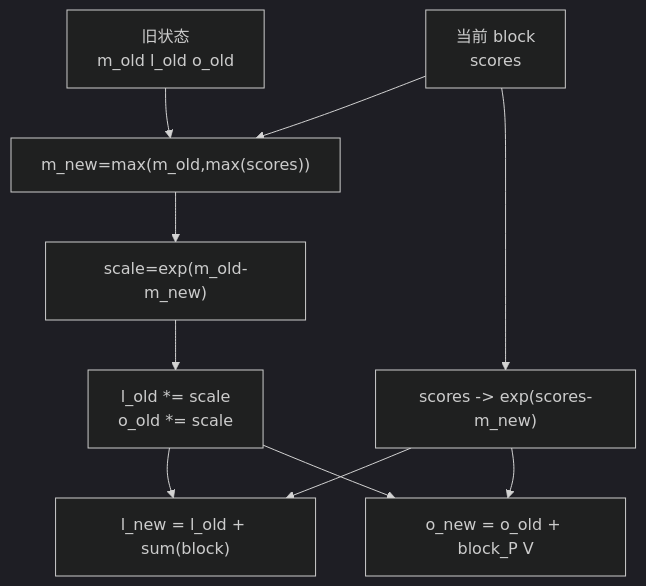
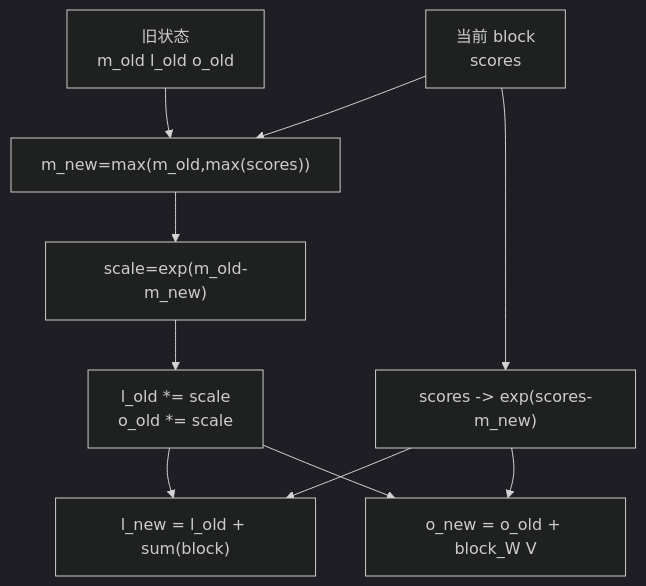
The diagram in flash-attn_reading/原理基础/Online-Softmax/FlashAttention-Online-Softmax-核心概念.md (OnlyHero5/sglang-reading-vault), drawn with Mermaid (dark theme) before and after one commit. The commit also changed other lines of this file and 512 other files, not shown here.

````diff
--- a/flash-attn_reading/原理基础/Online-Softmax/FlashAttention-Online-Softmax-核心概念.md
+++ b/flash-attn_reading/原理基础/Online-Softmax/FlashAttention-Online-Softmax-核心概念.md
@@ -46,16 +46,16 @@
 ```mermaid
 flowchart TB
     A["旧状态<br/>m_old l_old o_old"]
     B["当前 block<br/>scores"]
     C["m_new=max(m_old,max(scores))"]
     D["scale=exp(m_old-m_new)"]
     E["l_old *= scale<br/>o_old *= scale"]
     F["scores -> exp(scores-m_new)"]
     G["l_new = l_old + sum(block)"]
-    H["o_new = o_old + block_P V"]
+    H["o_new = o_old + block_W V"]
     A --> C
     B --> C --> D --> E --> G
     B --> F --> G
     F --> H
     E --> H
 ```
````
